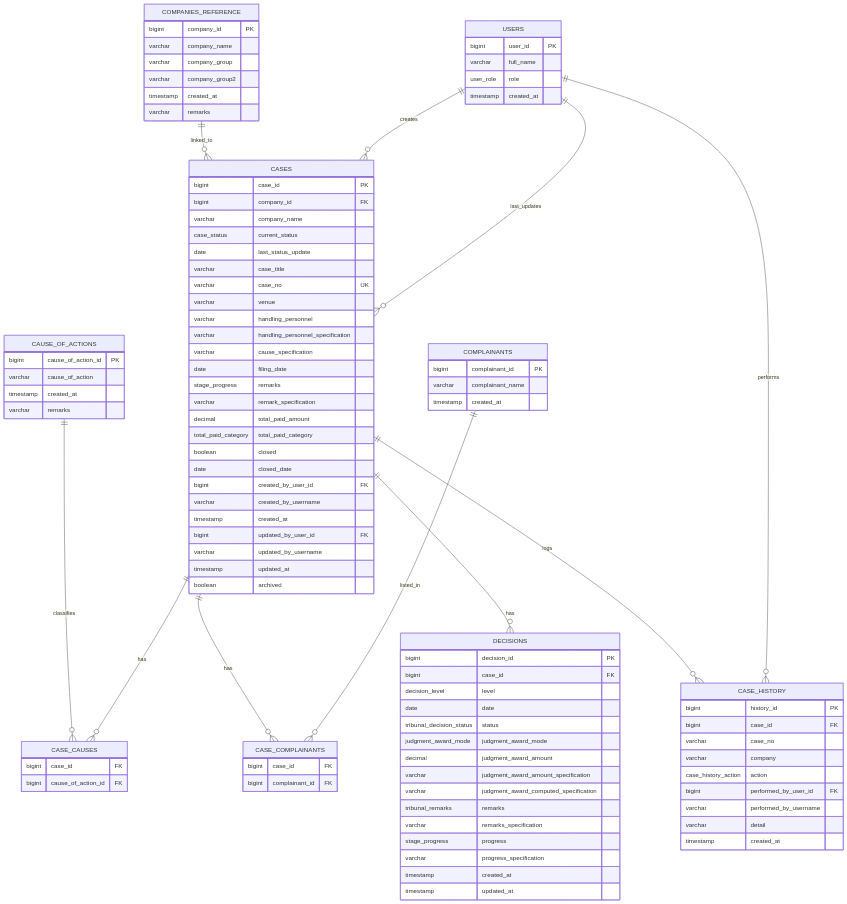
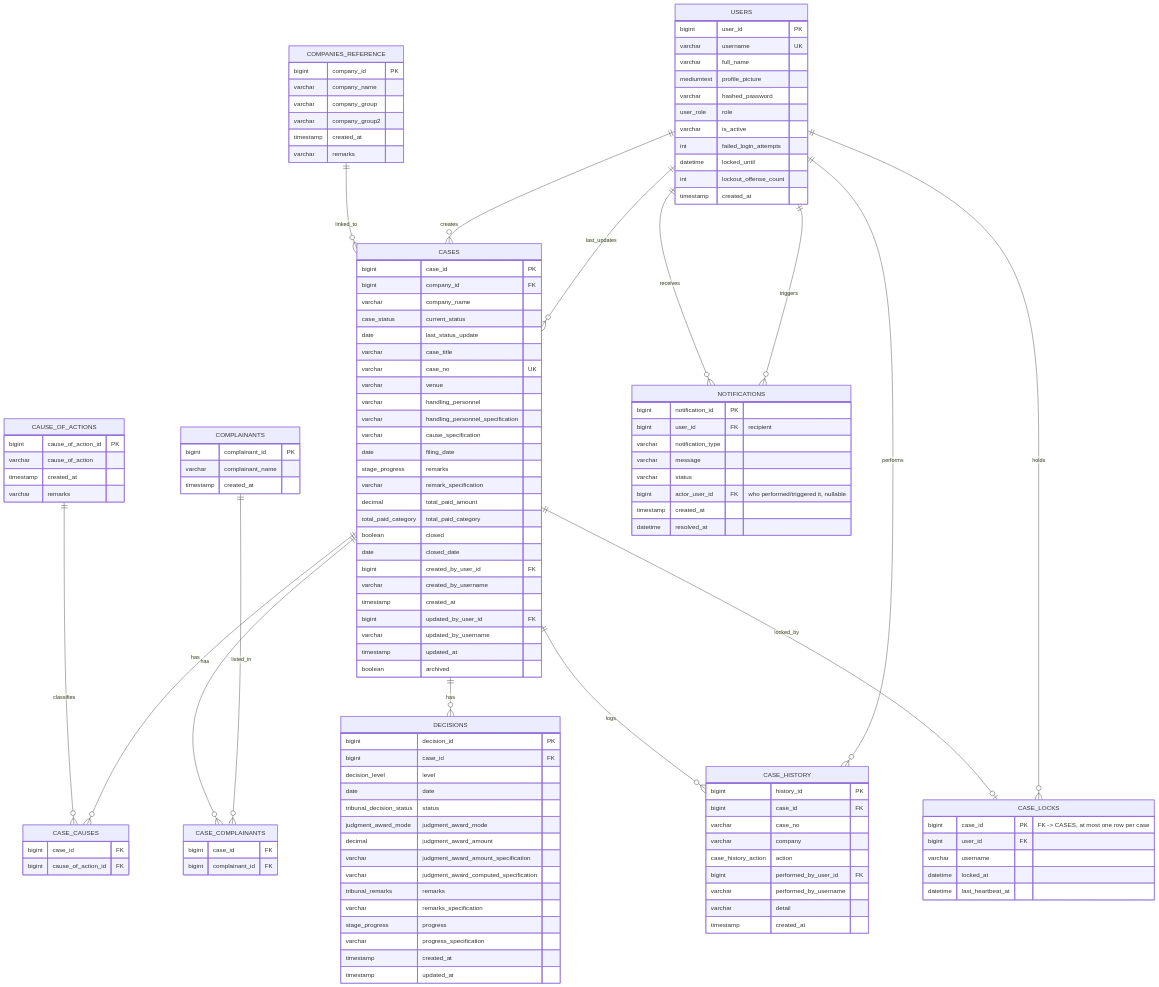
The diagram in database-diagram.md (isturiscedrick/Case_Management), drawn with Mermaid before and after one commit. The commit also changed other lines of this file and 2 other files, not shown here.

````diff
--- a/database-diagram.md
+++ b/database-diagram.md
@@ -14,6 +21,10 @@
   CASES ||--o{ DECISIONS : has
   CASES ||--o{ CASE_HISTORY : logs
   USERS ||--o{ CASE_HISTORY : performs
+  CASES ||--o| CASE_LOCKS : locked_by
+  USERS ||--o{ CASE_LOCKS : holds
+  USERS ||--o{ NOTIFICATIONS : receives
+  USERS ||--o{ NOTIFICATIONS : triggers
 
   COMPANIES_REFERENCE {
     bigint company_id PK
@@ -26,8 +37,15 @@
 
   USERS {
     bigint user_id PK
+    varchar username UK
     varchar full_name
+    mediumtext profile_picture
+    varchar hashed_password
     user_role role
+    varchar is_active
+    int failed_login_attempts
+    datetime locked_until
+    int lockout_offense_count
     timestamp created_at
   }
 
@@ -111,4 +129,23 @@
     varchar detail
     timestamp created_at
   }
+
+  CASE_LOCKS {
+    bigint case_id PK "FK -> CASES, at most one row per case"
+    bigint user_id FK
+    varchar username
+    datetime locked_at
+    datetime last_heartbeat_at
+  }
+
+  NOTIFICATIONS {
+    bigint notification_id PK
+    bigint user_id FK "recipient"
+    varchar notification_type
+    varchar message
+    varchar status
+    bigint actor_user_id FK "who performed/triggered it, nullable"
+    timestamp created_at
+    datetime resolved_at
+  }
 ```
````
